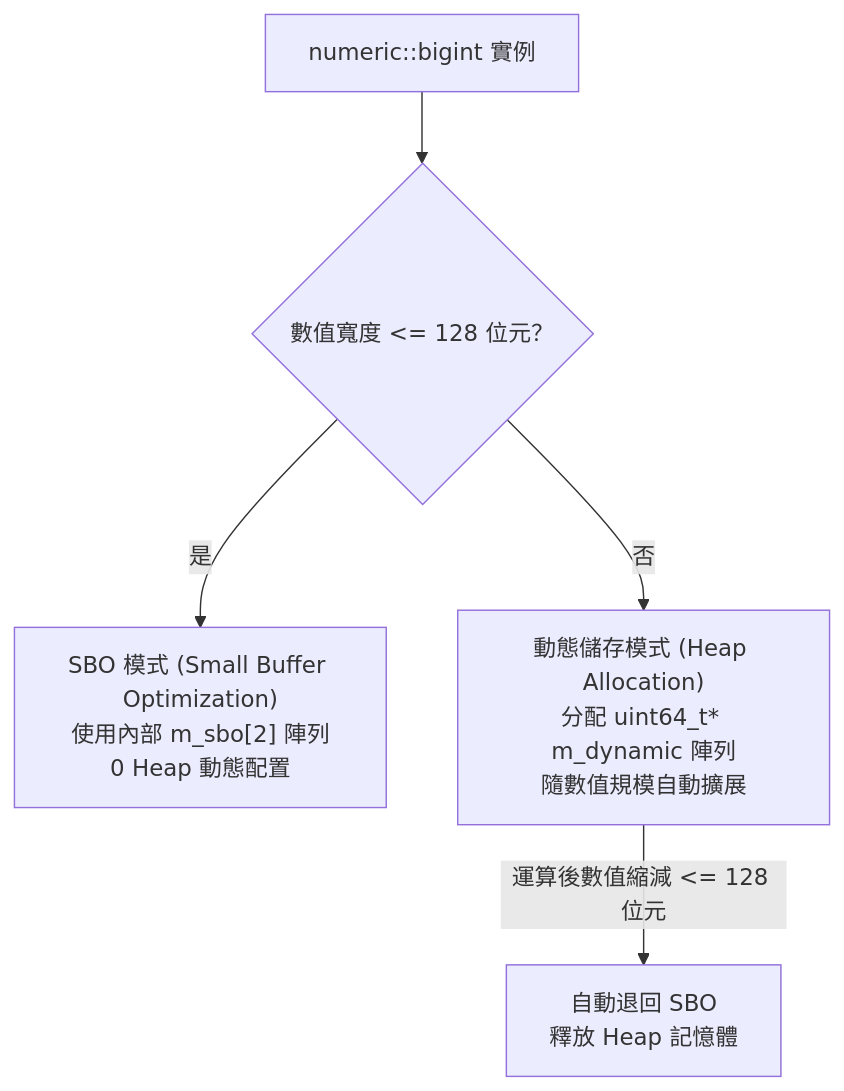
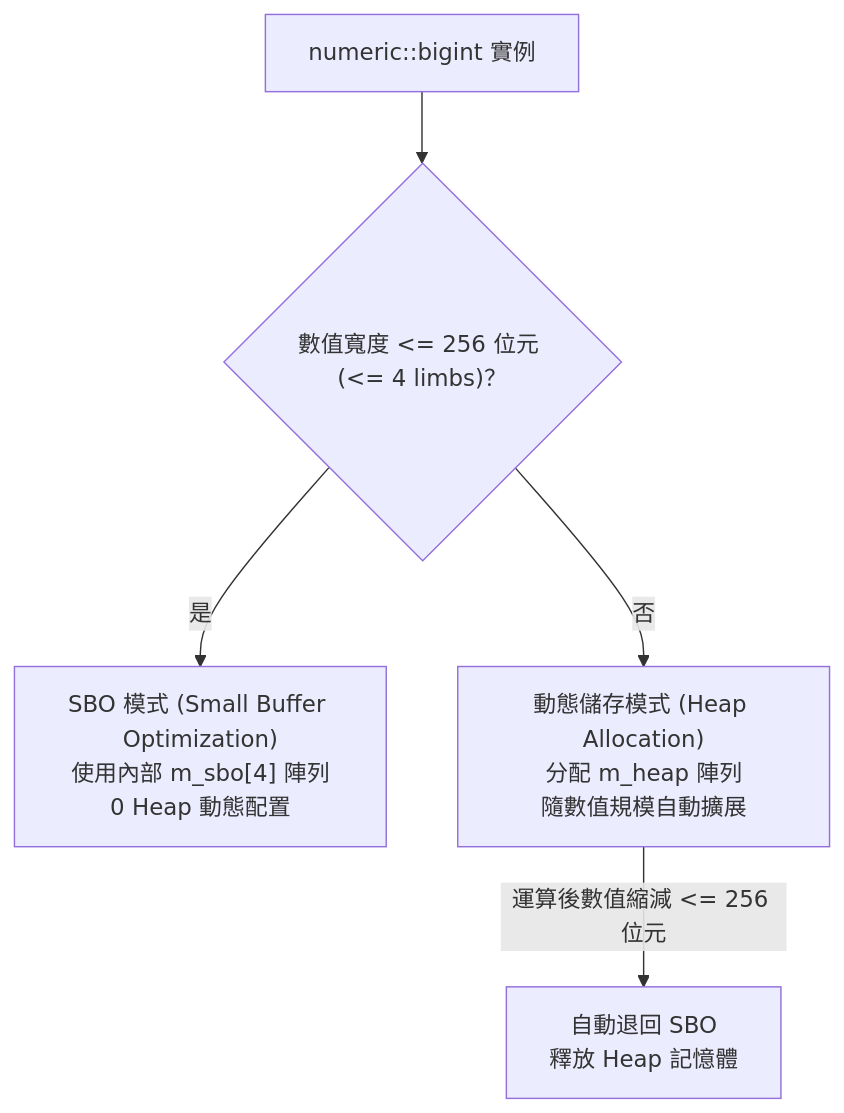
The diagram in docs/bigint/index.md (willy050209/CPP-BigInt), drawn with Mermaid before and after one commit. The commit also changed other lines of this file and 8 other files, not shown here.

````diff
--- a/docs/bigint/index.md
+++ b/docs/bigint/index.md
@@ -35,7 +35,7 @@
 ```mermaid
 flowchart TD
-    A["numeric::bigint 實例"] --> B{"數值寬度 <= 128 位元？"}
-    B -- 是 --> C["SBO 模式 (Small Buffer Optimization)<br>使用內部 m_sbo[2] 陣列<br>0 Heap 動態配置"]
-    B -- 否 --> D["動態儲存模式 (Heap Allocation)<br>分配 uint64_t* m_dynamic 陣列<br>隨數值規模自動擴展"]
-    D -- 運算後數值縮減 <= 128 位元 --> E["自動退回 SBO<br>釋放 Heap 記憶體"]
+    A["numeric::bigint 實例"] --> B{"數值寬度 <= 256 位元 (<= 4 limbs)？"}
+    B -- 是 --> C["SBO 模式 (Small Buffer Optimization)<br>使用內部 m_sbo[4] 陣列<br>0 Heap 動態配置"]
+    B -- 否 --> D["動態儲存模式 (Heap Allocation)<br>分配 m_heap 陣列<br>隨數值規模自動擴展"]
+    D -- 運算後數值縮減 <= 256 位元 --> E["自動退回 SBO<br>釋放 Heap 記憶體"]
 ```
````
